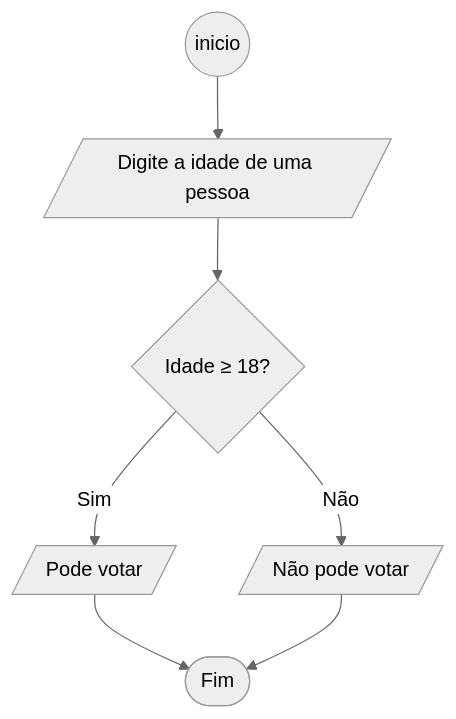
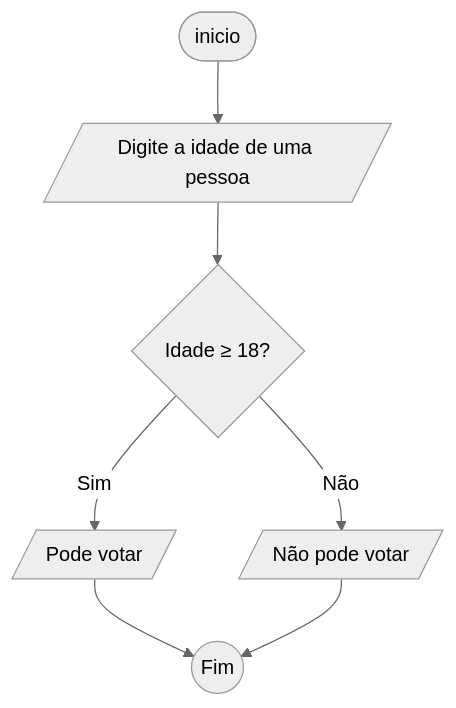
Before and after one commit to nickddb/senai---atividades: the diagram in CAINA/fluxograma/ativid5.md, drawn with Mermaid (neutral theme). The commit also changed 8 other files, not shown here.

````diff
--- a/CAINA/fluxograma/ativid5.md
+++ b/CAINA/fluxograma/ativid5.md
@@ -1,11 +1,11 @@
 ```mermaid
     flowchart TD
 
-    start((inicio)) --> input[/Digite a idade de uma pessoa/]
+    start([inicio]) --> input[/Digite a idade de uma pessoa/]
     input --> verification{Idade ≥ 18?}
 
     verification --> |Sim| A[/ Pode votar /]
     verification --> |Não| R[/ Não pode votar /]
-    A --> finish([ Fim ])
+    A --> finish(( Fim ))
     R --> finish
 ```
````
